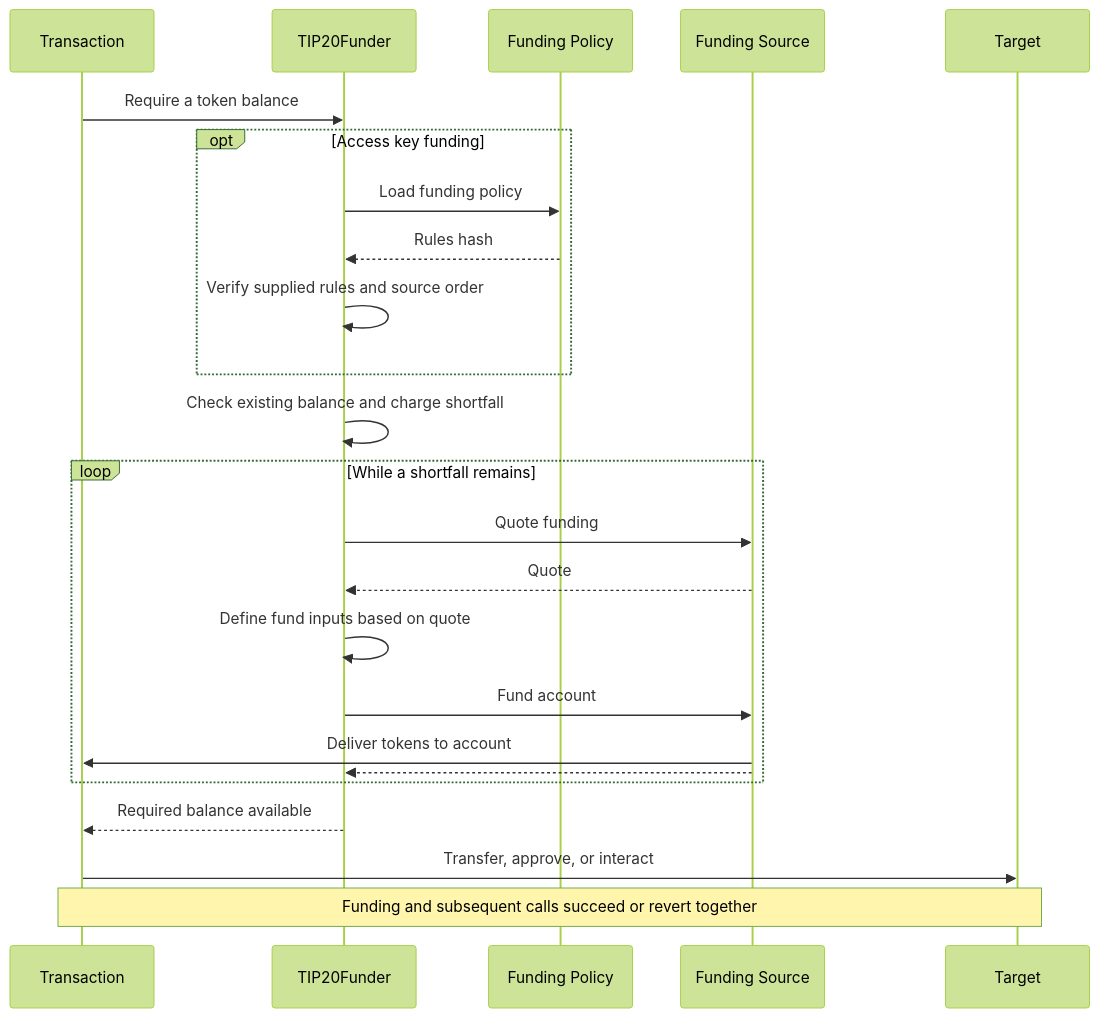
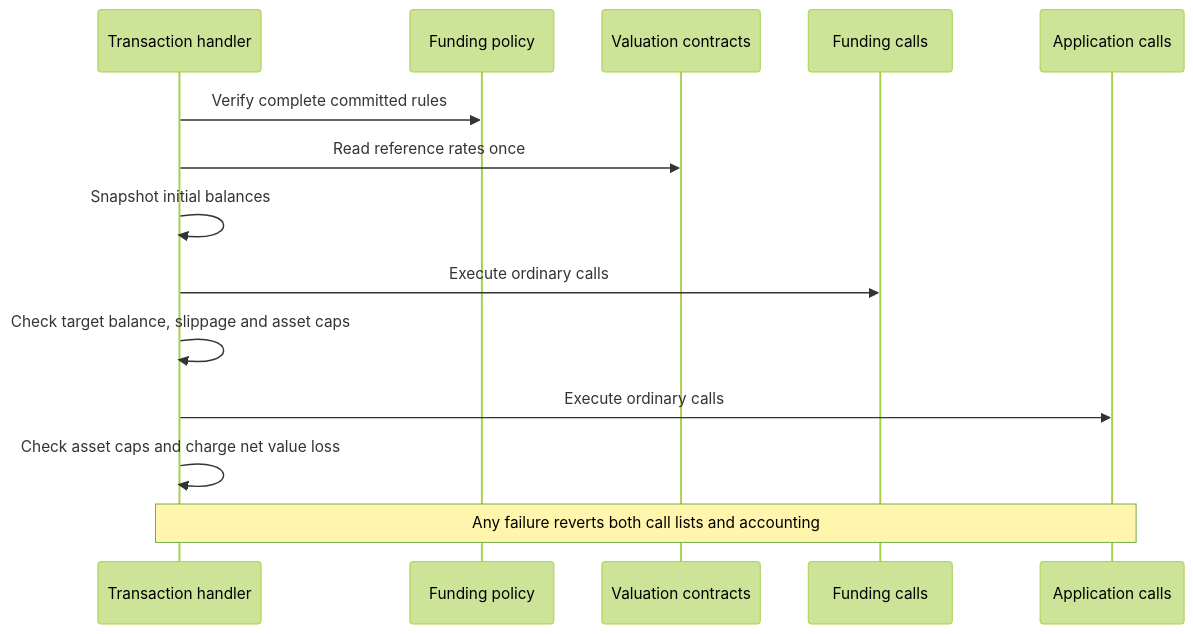
Before and after one commit to tempoxyz/tempo: the diagram in tips/tip-1120.md, drawn with Mermaid (forest theme). The commit also changed other lines of this file, not shown here.

Commit message:
docs(tip-1120): specify snapshot-based funding

````diff
--- a/tips/tip-1120.md
+++ b/tips/tip-1120.md
@@ -49,27 +47,16 @@
 ```mermaid
 sequenceDiagram
-    participant C as Transaction
-    participant P as TIP20Funder
-    participant R as Funding Policy
-    participant F as Funding Source
-    participant A as Target
-
-    C->>P: Require a token balance
-    opt Access key funding
-        P->>R: Load funding policy
-        R-->>P: Rules hash
-        P->>P: Verify supplied rules and source order
-    end
-    P->>P: Check existing balance and charge shortfall
-    loop While a shortfall remains
-        P->>F: Quote funding
-        F-->>P: Quote
-        P->>P: Define fund inputs based on quote
-        P->>F: Fund account
-        F->>C: Deliver tokens to account
-        F-->>P:
-    end
-    P-->>C: Required balance available
-    C->>A: Transfer, approve, or interact
-    Note over C,A: Funding and subsequent calls succeed or revert together
+    participant T as Transaction handler
+    participant P as Funding policy
+    participant V as Valuation contracts
+    participant F as Funding calls
+    participant A as Application calls
+    T->>P: Verify complete committed rules
+    T->>V: Read reference rates once
+    T->>T: Snapshot initial balances
+    T->>F: Execute ordinary calls
+    T->>T: Check target balance, slippage and asset caps
+    T->>A: Execute ordinary calls
+    T->>T: Check asset caps and charge net value loss
+    Note over T,A: Any failure reverts both call lists and accounting
 ```
````
